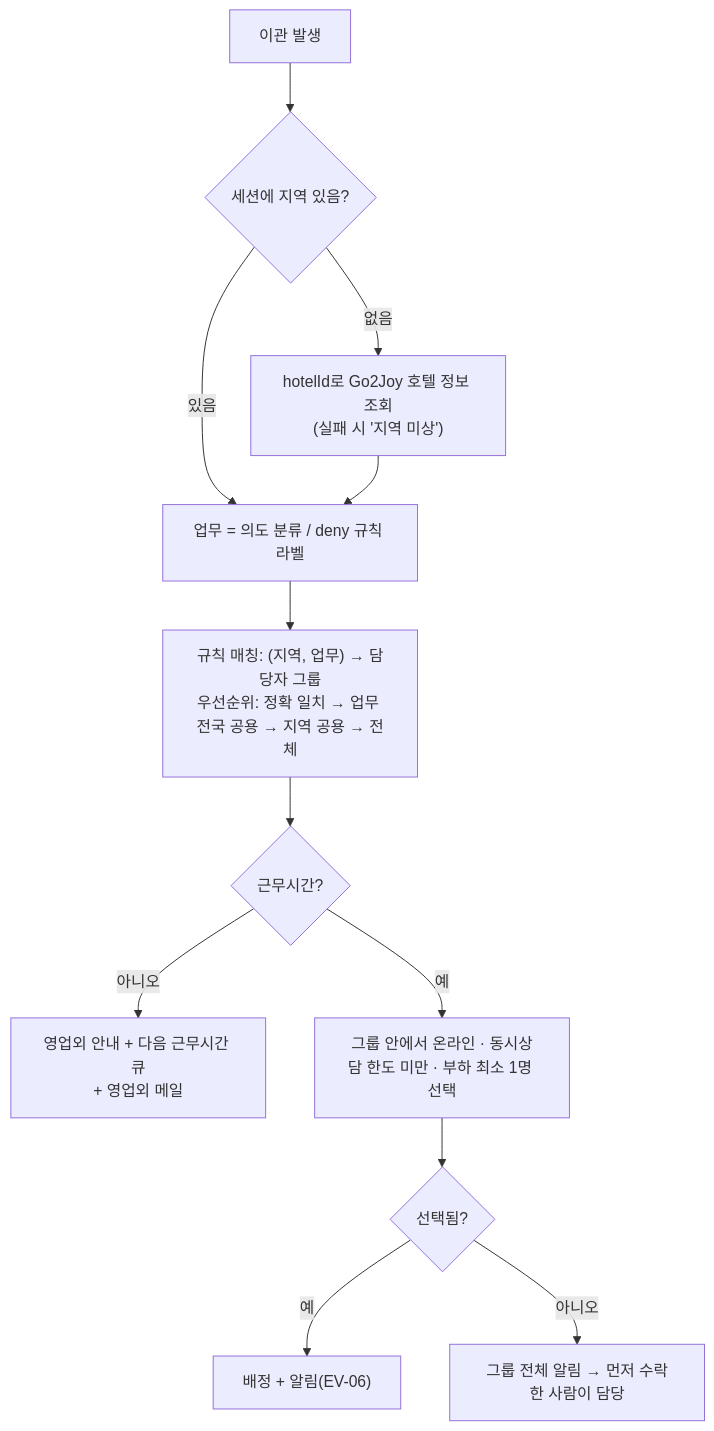
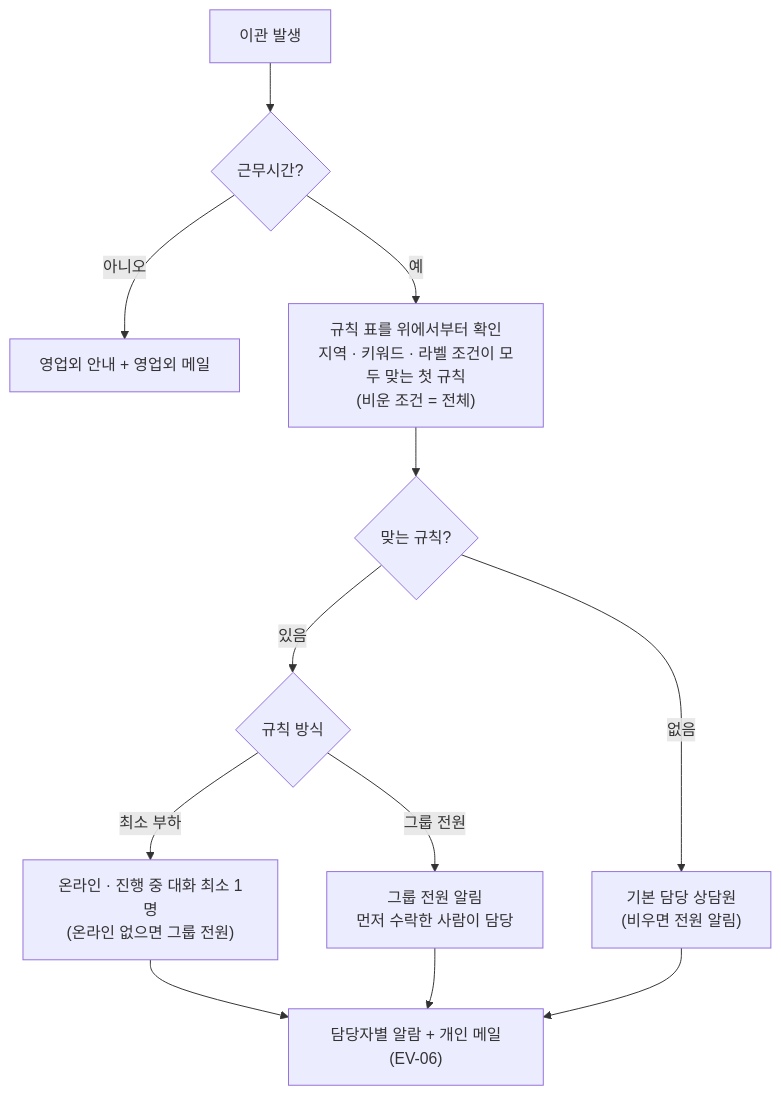
One commit to amoeba-group/btbz-sharp-talk changed the ninth of 15 diagrams in docs/plan/PLN-261015-SharpTalk-for-Go2Joy-Project-Plan.md. Above: the diagram before and after it, drawn with Mermaid. The commit also changed other lines of this file and 4 other files, not shown here.

````diff
--- a/docs/plan/PLN-261015-SharpTalk-for-Go2Joy-Project-Plan.md
+++ b/docs/plan/PLN-261015-SharpTalk-for-Go2Joy-Project-Plan.md
@@ -403,14 +426,12 @@
 ```mermaid
 flowchart TD
-  S["이관 발생"] --> A{"세션에 지역 있음?"}
-  A -- "없음" --> A2["hotelId로 Go2Joy 호텔 정보 조회<br/>(실패 시 '지역 미상')"]
-  A -- "있음" --> B
-  A2 --> B["업무 = 의도 분류 / deny 규칙 라벨"]
-  B --> C["규칙 매칭: (지역, 업무) → 담당자 그룹<br/>우선순위: 정확 일치 → 업무 전국 공용 → 지역 공용 → 전체"]
-  C --> D{"근무시간?"}
-  D -- "아니오" --> OH["영업외 안내 + 다음 근무시간 큐<br/>+ 영업외 메일"]
-  D -- "예" --> E["그룹 안에서 온라인 · 동시상담 한도 미만 · 부하 최소 1명 선택"]
-  E --> F{"선택됨?"}
-  F -- "예" --> G["배정 + 알림(EV-06)"]
-  F -- "아니오" --> H["그룹 전체 알림 → 먼저 수락한 사람이 담당"]
+  S["이관 발생"] --> D{"근무시간?"}
+  D -- "아니오" --> OH["영업외 안내 + 영업외 메일"]
+  D -- "예" --> C["규칙 표를 위에서부터 확인<br/>지역 · 키워드 · 라벨 조건이 모두 맞는 첫 규칙<br/>(비운 조건 = 전체)"]
+  C --> M{"맞는 규칙?"}
+  M -- "없음" --> FB["기본 담당 상담원<br/>(비우면 전원 알림)"]
+  M -- "있음" --> K{"규칙 방식"}
+  K -- "최소 부하" --> E["온라인 · 진행 중 대화 최소 1명<br/>(온라인 없으면 그룹 전원)"]
+  K -- "그룹 전원" --> H["그룹 전원 알림<br/>먼저 수락한 사람이 담당"]
+  E & H & FB --> G["담당자별 알람 + 개인 메일(EV-06)"]
 ```
````
